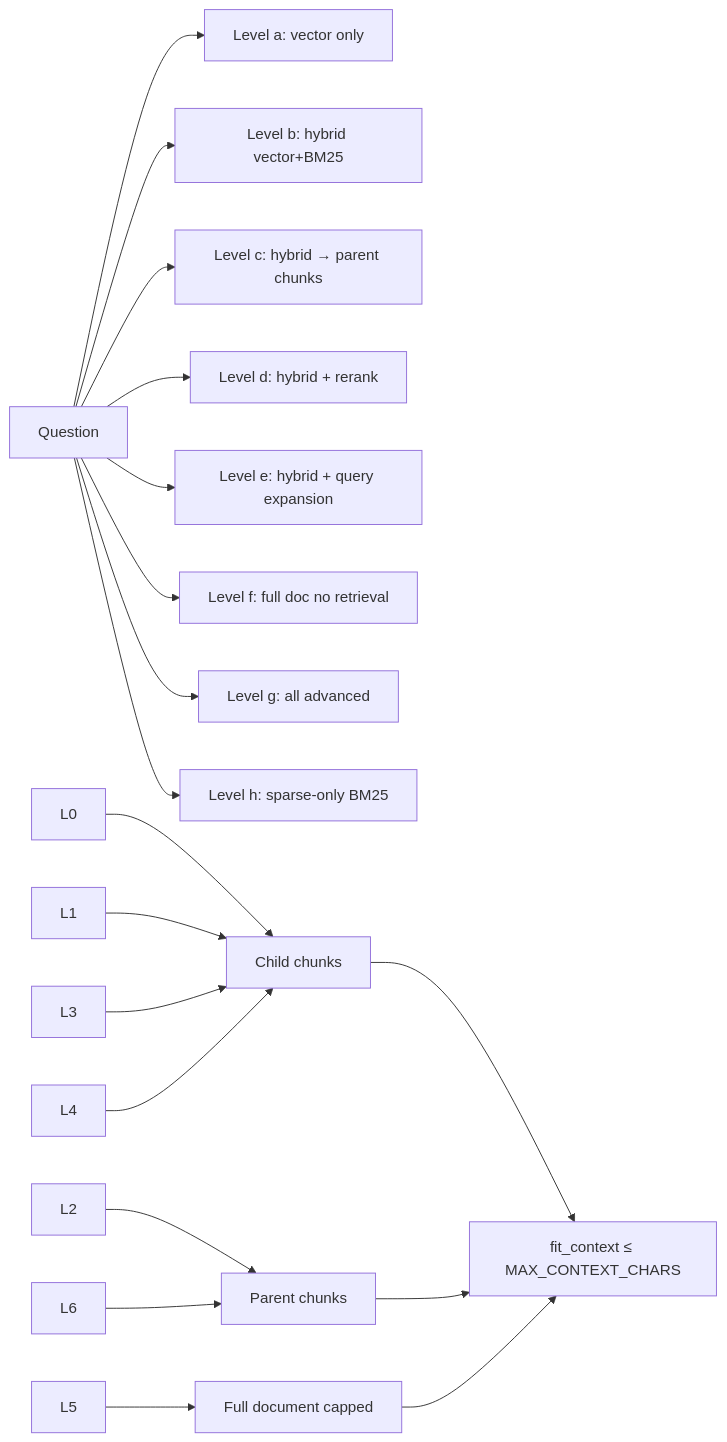
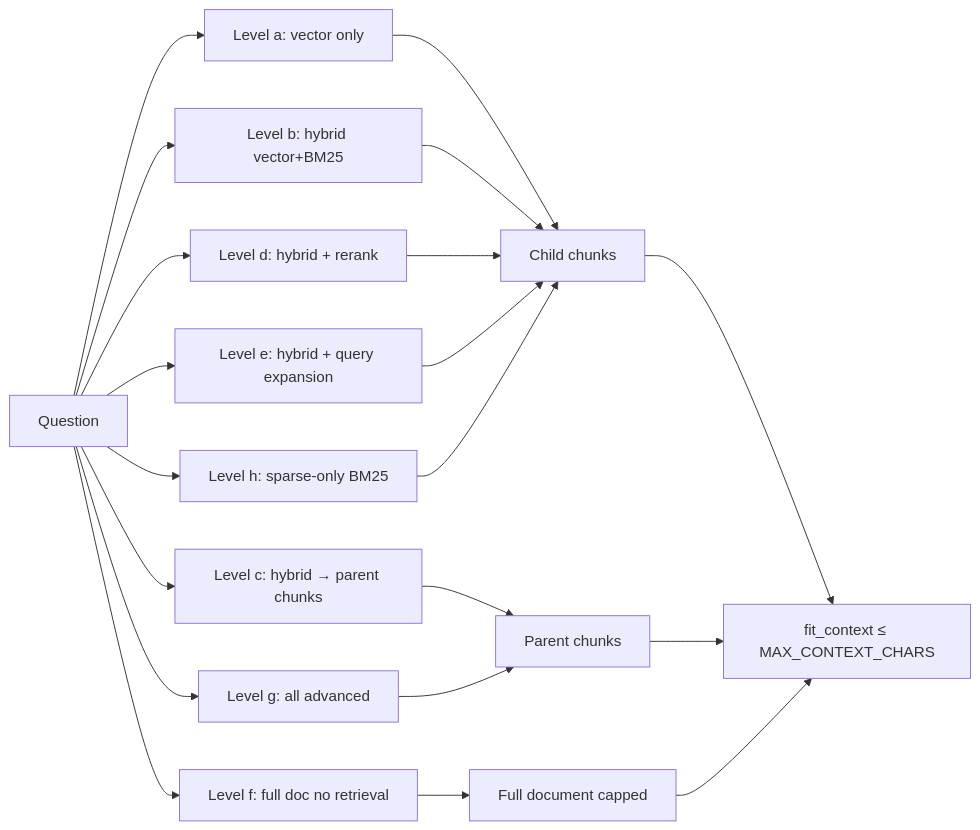
One commit to bandepanu/rag-experiment changed the second of 2 diagrams in rag-exploration.md. Above: the diagram before and after it, drawn with Mermaid. The commit also changed 2 other files, not shown here.

Commit message:
Remove remaining numeric level references from diagrams and comments
- Fix Diagram 2 in rag-exploration.md: L0-L6 -> La-Lh
- Update rag_experiment.py docstring usage examples: --levels 0 1 2 3 4 5 6 -> --levels a b c d e f g h
- Update all code comments referencing numeric levels to use letter levels (a-h)
- Fix analyze_results.py expansion_analysis dict keys: level_3/4 -> level_d/e
- Fix analyze_results.py print statements: L3/L4 -> Ld/Le

````diff
--- a/rag-exploration.md
+++ b/rag-exploration.md
@@ -438,24 +438,25 @@
 ```mermaid
 flowchart LR
     Q[Question]
     Q --> La[Level a: vector only]
     Q --> Lb[Level b: hybrid vector+BM25]
     Q --> Lc[Level c: hybrid → parent chunks]
     Q --> Ld[Level d: hybrid + rerank]
     Q --> Le[Level e: hybrid + query expansion]
     Q --> Lf[Level f: full doc no retrieval]
     Q --> Lg[Level g: all advanced]
     Q --> Lh[Level h: sparse-only BM25]
 
-    L0 --> CH[Child chunks]
-    L1 --> CH
-    L2 --> PH[Parent chunks]
-    L3 --> CH
-    L4 --> CH
-    L5 --> FD[Full document capped]
-    L6 --> PH
+    La --> CH[Child chunks]
+    Lb --> CH
+    Lc --> PH[Parent chunks]
+    Ld --> CH
+    Le --> CH
+    Lf --> FD[Full document capped]
+    Lg --> PH
+    Lh --> CH
 
     CH --> FCX[fit_context ≤ MAX_CONTEXT_CHARS]
     PH --> FCX
     FD --> FCX
 ```
````
